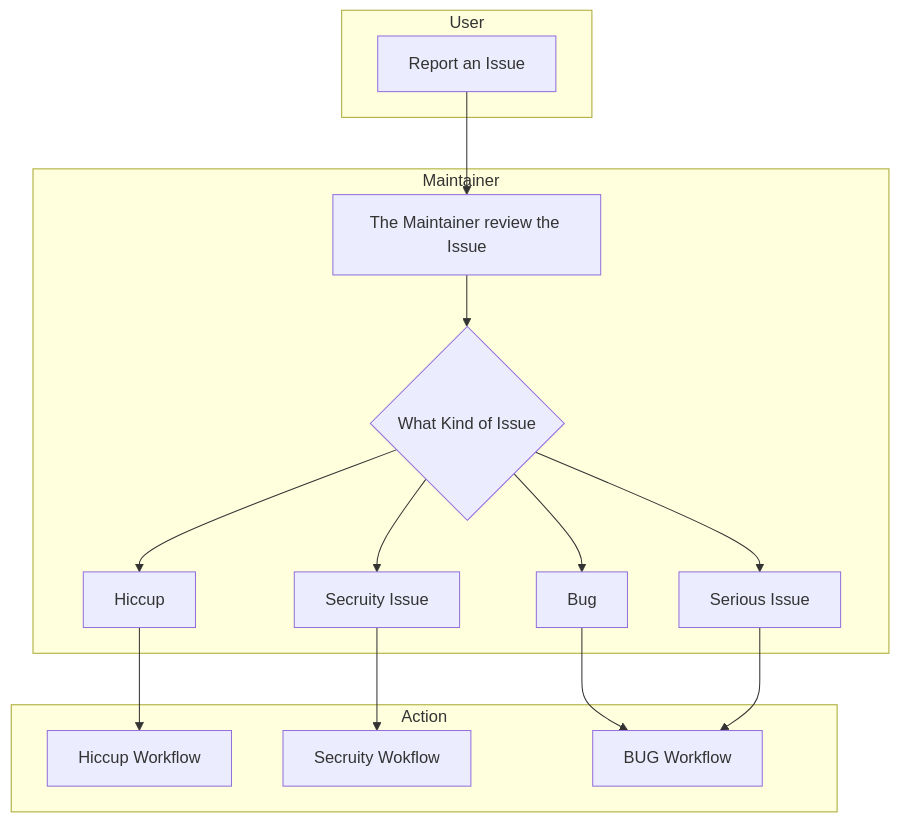
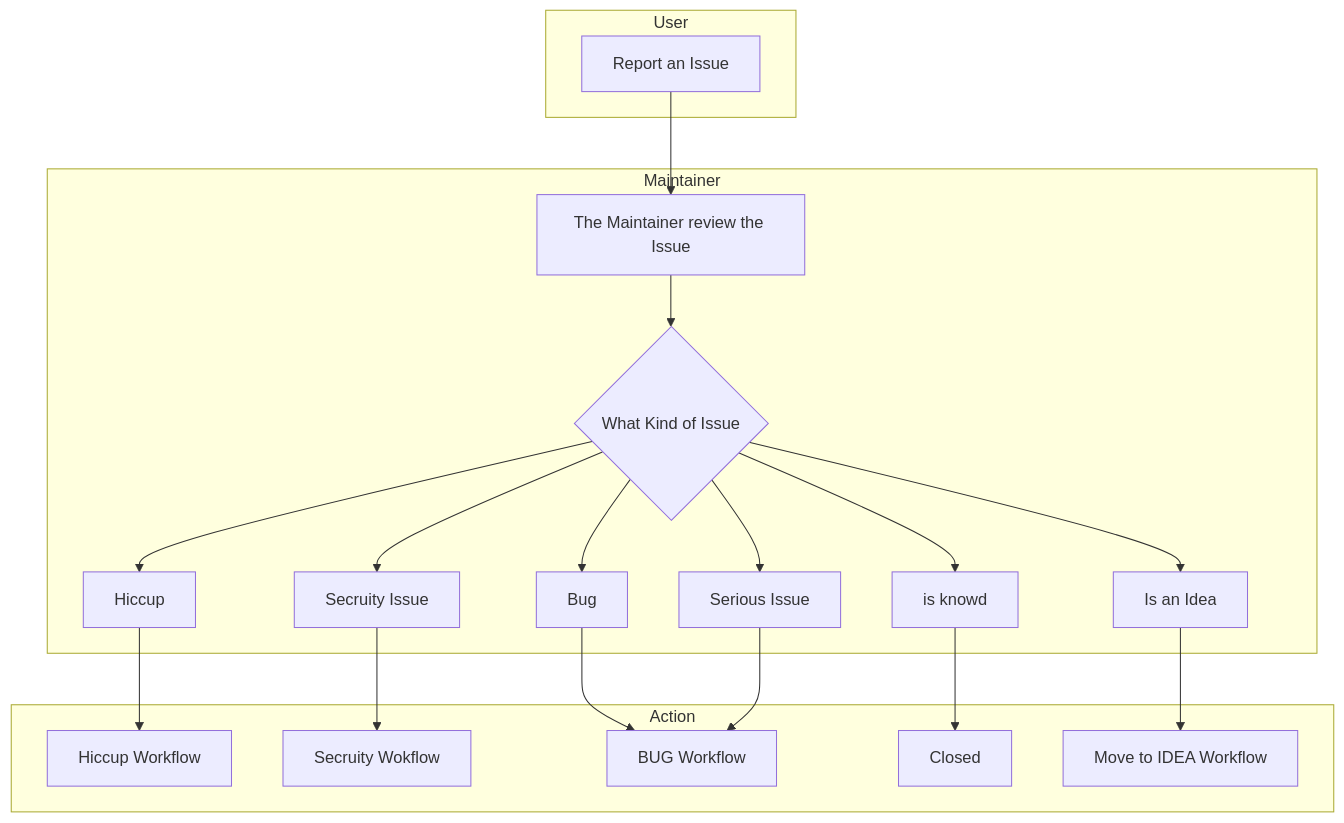
Before and after one commit to GFGMNET/Workspace: the diagram in docs/workflow_issue.md, drawn with Mermaid.

````diff
--- a/docs/workflow_issue.md
+++ b/docs/workflow_issue.md
@@ -1,31 +1,39 @@
 ```mermaid
 flowchart TD
  subgraph User
   BUG[Report an Issue]
  end
  subgraph Maintainer
   RM[The Maintainer review the Issue]
   WIF{What Kind of Issue}
   SEC[Secruity Issue]
   DEA[Serious Issue]
   BUN[Bug]
   HIC[Hiccup]
+  NOR[Is an Idea]
+  KNO[is knowd]
  end
  subgraph Action
   ADL[Hiccup Workflow]
   ASW[Secruity Wokflow]
   ABW[BUG Workflow]
+  END[Closed]
+  IDF[Move to IDEA Workflow]
  end
  
  BUG --> RM
  RM --> WIF
  WIF --> SEC
  WIF --> DEA
  WIF --> BUN
  WIF --> HIC
+ WIF --> NOR
+ WIF --> KNO
  HIC --> ADL
  BUN --> ABW
  DEA --> ABW
  SEC --> ASW
+ NOR --> IDF
+ KNO --> END
  
 ```
````
